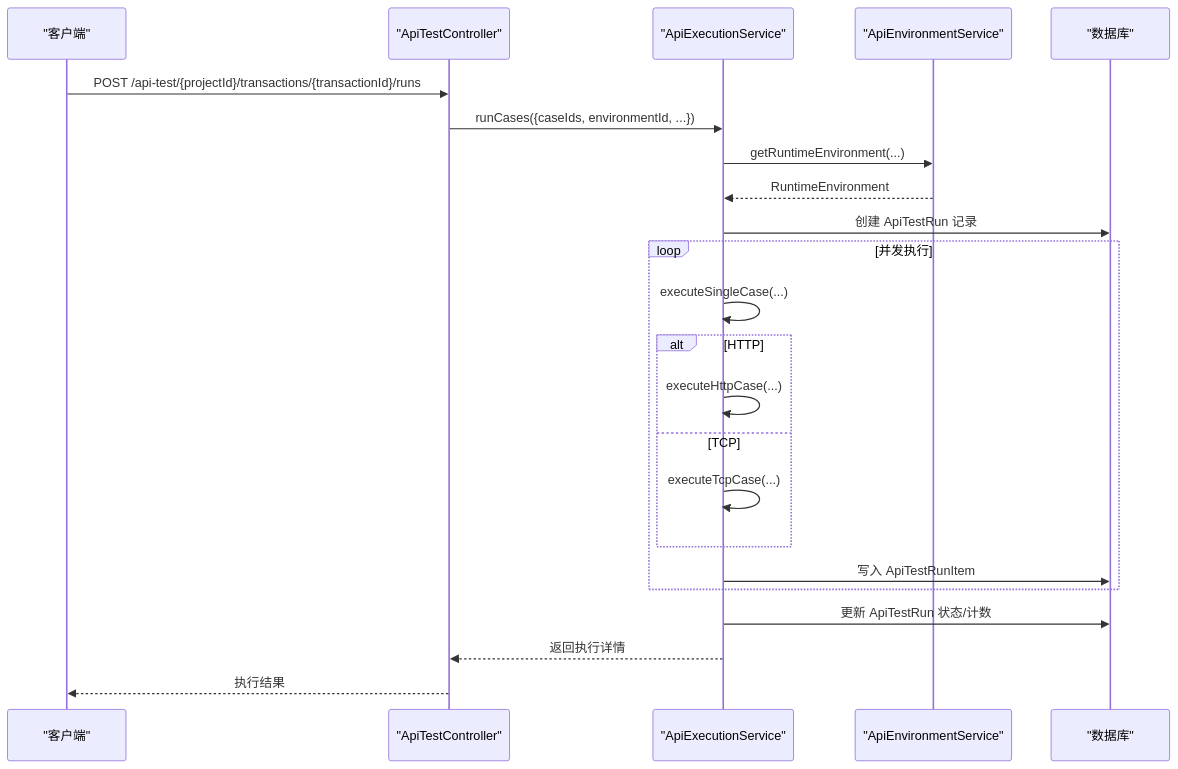
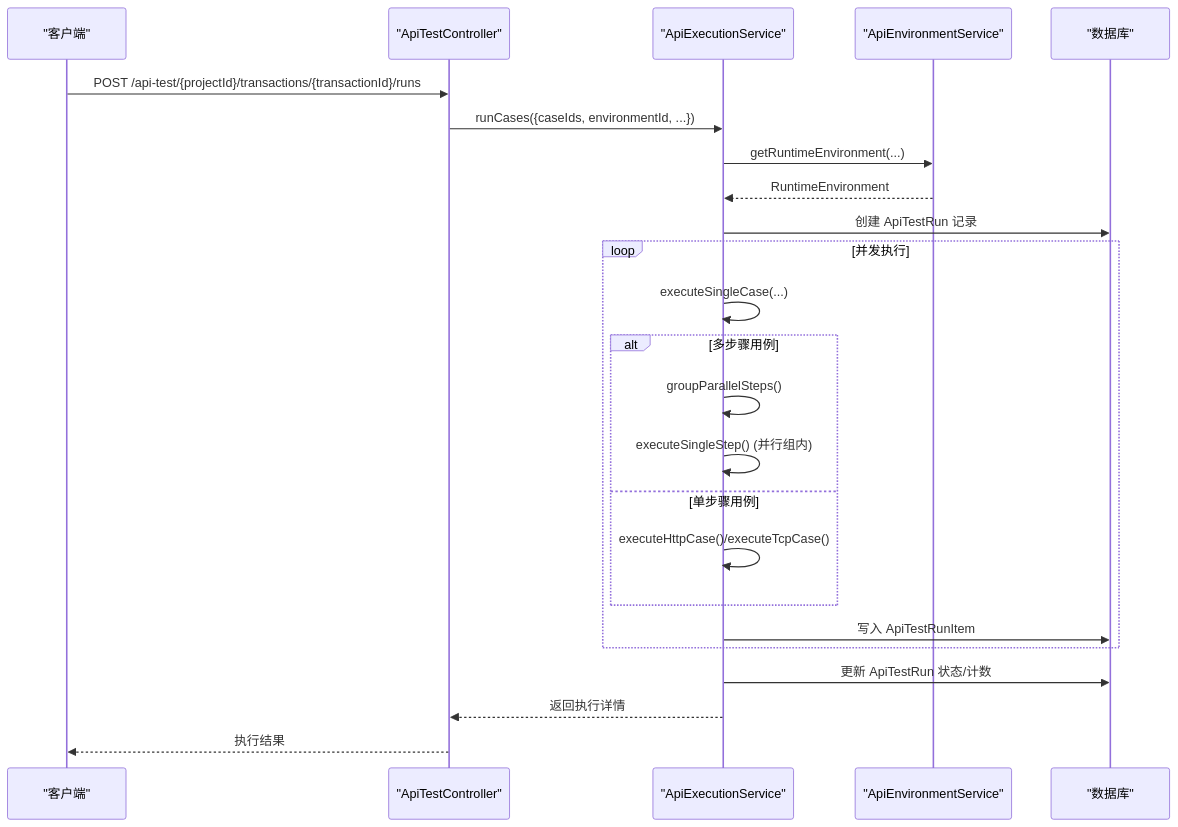
Before and after one commit to Lichhu/caseForge: the second of 6 diagrams in .qoder/repowiki/zh/content/API 参考文档/API 测试 API/测试执行与运行.md, drawn with Mermaid. The commit also changed other lines of this file and 8 other files, not shown here.

````diff
--- a/.qoder/repowiki/zh/content/API 参考文档/API 测试 API/测试执行与运行.md
+++ b/.qoder/repowiki/zh/content/API 参考文档/API 测试 API/测试执行与运行.md
@@ -111,25 +101,26 @@
 ```mermaid
 sequenceDiagram
 participant Client as "客户端"
 participant Ctrl as "ApiTestController"
 participant ExecSvc as "ApiExecutionService"
 participant EnvSvc as "ApiEnvironmentService"
 participant DB as "数据库"
 Client->>Ctrl : POST /api-test/{projectId}/transactions/{transactionId}/runs
 Ctrl->>ExecSvc : runCases({caseIds, environmentId, ...})
 ExecSvc->>EnvSvc : getRuntimeEnvironment(...)
 EnvSvc-->>ExecSvc : RuntimeEnvironment
 ExecSvc->>DB : 创建 ApiTestRun 记录
 loop 并发执行
 ExecSvc->>ExecSvc : executeSingleCase(...)
-alt HTTP
-ExecSvc->>ExecSvc : executeHttpCase(...)
-else TCP
-ExecSvc->>ExecSvc : executeTcpCase(...)
+alt 多步骤用例
+ExecSvc->>ExecSvc : groupParallelSteps()
+ExecSvc->>ExecSvc : executeSingleStep() (并行组内)
+else 单步骤用例
+ExecSvc->>ExecSvc : executeHttpCase()/executeTcpCase()
 end
 ExecSvc->>DB : 写入 ApiTestRunItem
 end
 ExecSvc->>DB : 更新 ApiTestRun 状态/计数
 ExecSvc-->>Ctrl : 返回执行详情
 Ctrl-->>Client : 执行结果
 ```
````
